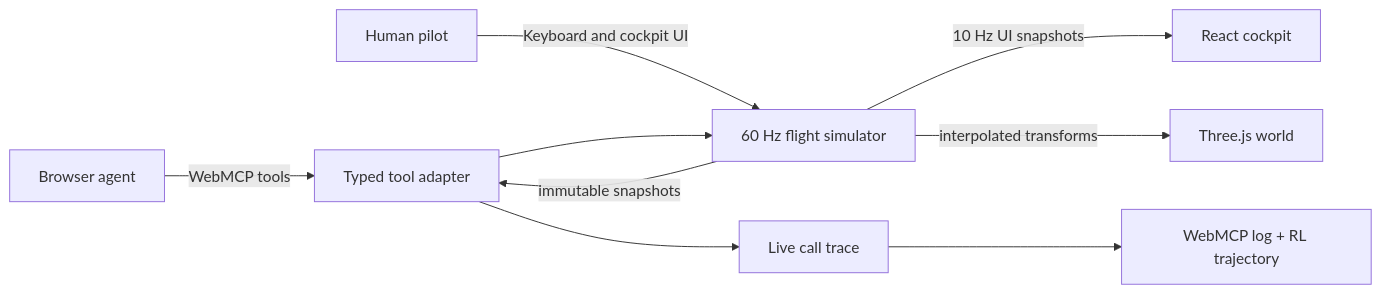
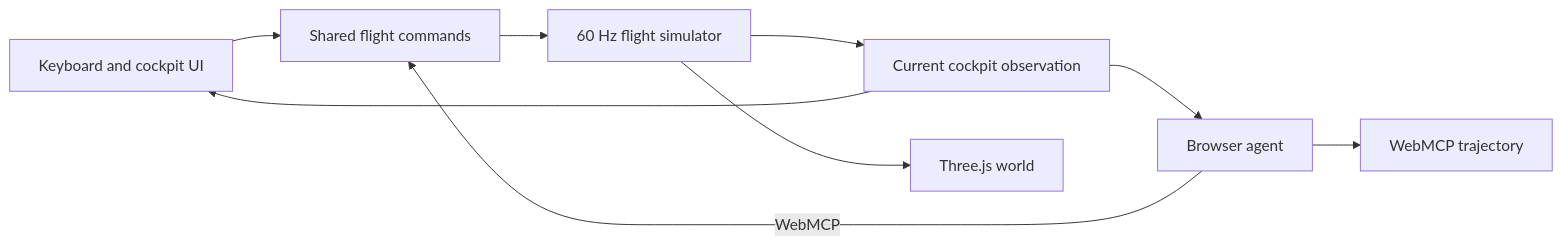
Before and after one commit to adamblumoff/agent-flight-sim: the diagram in README.md, drawn with Mermaid. The commit also changed other lines of this file and 26 other files, not shown here.

Commit message:
Unify flight simulation and agent controls

````diff
--- a/README.md
+++ b/README.md
@@ -29,11 +19,11 @@
 ```mermaid
 flowchart LR
-  Agent[Browser agent] -->|WebMCP tools| Adapter[Typed tool adapter]
-  Human[Human pilot] -->|Keyboard and cockpit UI| Simulator[60 Hz flight simulator]
-  Adapter --> Simulator
-  Simulator -->|immutable snapshots| Adapter
-  Simulator -->|10 Hz UI snapshots| React[React cockpit]
-  Simulator -->|interpolated transforms| Three[Three.js world]
-  Adapter --> Trace[Live call trace]
-  Trace --> Export[WebMCP log + RL trajectory]
+  Human[Keyboard and cockpit UI] --> Commands[Shared flight commands]
+  Agent[Browser agent] -->|WebMCP| Commands
+  Commands --> Simulator[60 Hz flight simulator]
+  Simulator --> Observation[Current cockpit observation]
+  Observation --> Human
+  Observation --> Agent
+  Simulator --> Three[Three.js world]
+  Agent --> Trace[WebMCP trajectory]
 ```
````
